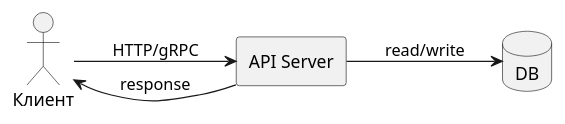
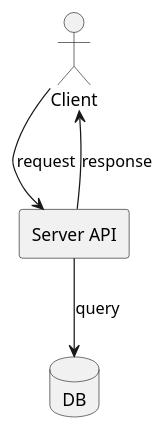
The diagram in docs/architecture/systems-architecture/architecture-types/client-server.md (iwizy/analyst_kb), drawn with PlantUML before and after one commit. The commit also changed other lines of this file and 30 other files, not shown here.

````diff
--- a/docs/architecture/systems-architecture/architecture-types/client-server.md
+++ b/docs/architecture/systems-architecture/architecture-types/client-server.md
@@ -25,11 +27,10 @@
 ```kroki-plantuml
 @startuml
-left to right direction
-actor "Клиент" as C
-rectangle "API Server" as S
-database "DB" as D
-C --> S : HTTP/gRPC
-S --> D : read/write
-S --> C : response
+actor Client
+rectangle "Server API" as S
+database "DB" as DB
+Client --> S : request
+S --> DB : query
+S --> Client : response
 @enduml
 ```
````
